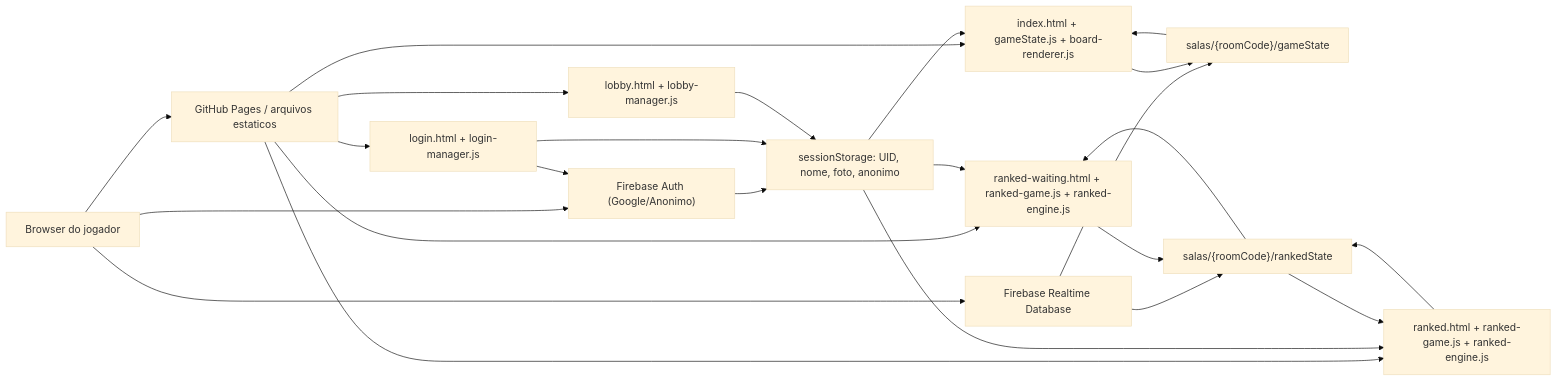
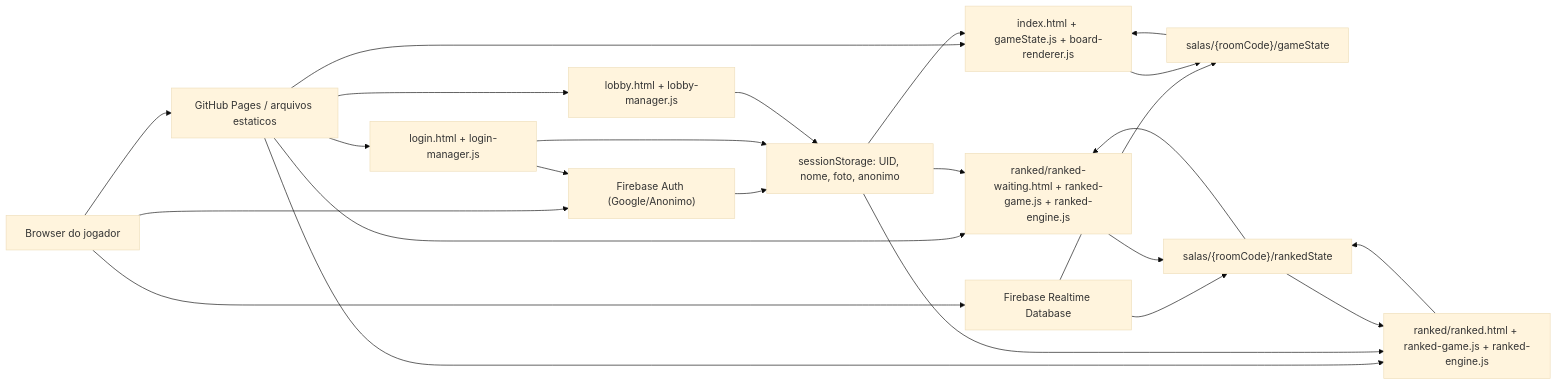
The first of 4 diagrams in docs/TDD.md (GabrielBarbosa0/Coup-Master), drawn with Mermaid (base theme) before and after one commit. The commit also changed other lines of this file and 23 other files, not shown here.

````diff
--- a/docs/TDD.md
+++ b/docs/TDD.md
@@ -62,28 +62,28 @@
 ```mermaid
 flowchart LR
   Browser["Browser do jogador"] --> Pages["GitHub Pages / arquivos estaticos"]
   Browser --> Auth["Firebase Auth (Google/Anonimo)"]
   Browser --> RTDB["Firebase Realtime Database"]
 
   Pages --> Login["login.html + login-manager.js"]
   Pages --> Lobby["lobby.html + lobby-manager.js"]
   Pages --> Game["index.html + gameState.js + board-renderer.js"]
-  Pages --> RankedWaiting["ranked-waiting.html + ranked-game.js + ranked-engine.js"]
-  Pages --> Ranked["ranked.html + ranked-game.js + ranked-engine.js"]
+  Pages --> RankedWaiting["ranked/ranked-waiting.html + ranked-game.js + ranked-engine.js"]
+  Pages --> Ranked["ranked/ranked.html + ranked-game.js + ranked-engine.js"]
 
   Auth --> Session["sessionStorage: UID, nome, foto, anonimo"]
   Login --> Auth
   Login --> Session
   Lobby --> Session
   Session --> Game
   Session --> RankedWaiting
   Session --> Ranked
   RTDB --> State["salas/{roomCode}/gameState"]
   State --> Game
   Game --> State
   RTDB --> RankedState["salas/{roomCode}/rankedState"]
   RankedState --> RankedWaiting
   RankedWaiting --> RankedState
   RankedState --> Ranked
   Ranked --> RankedState
 ```
````
